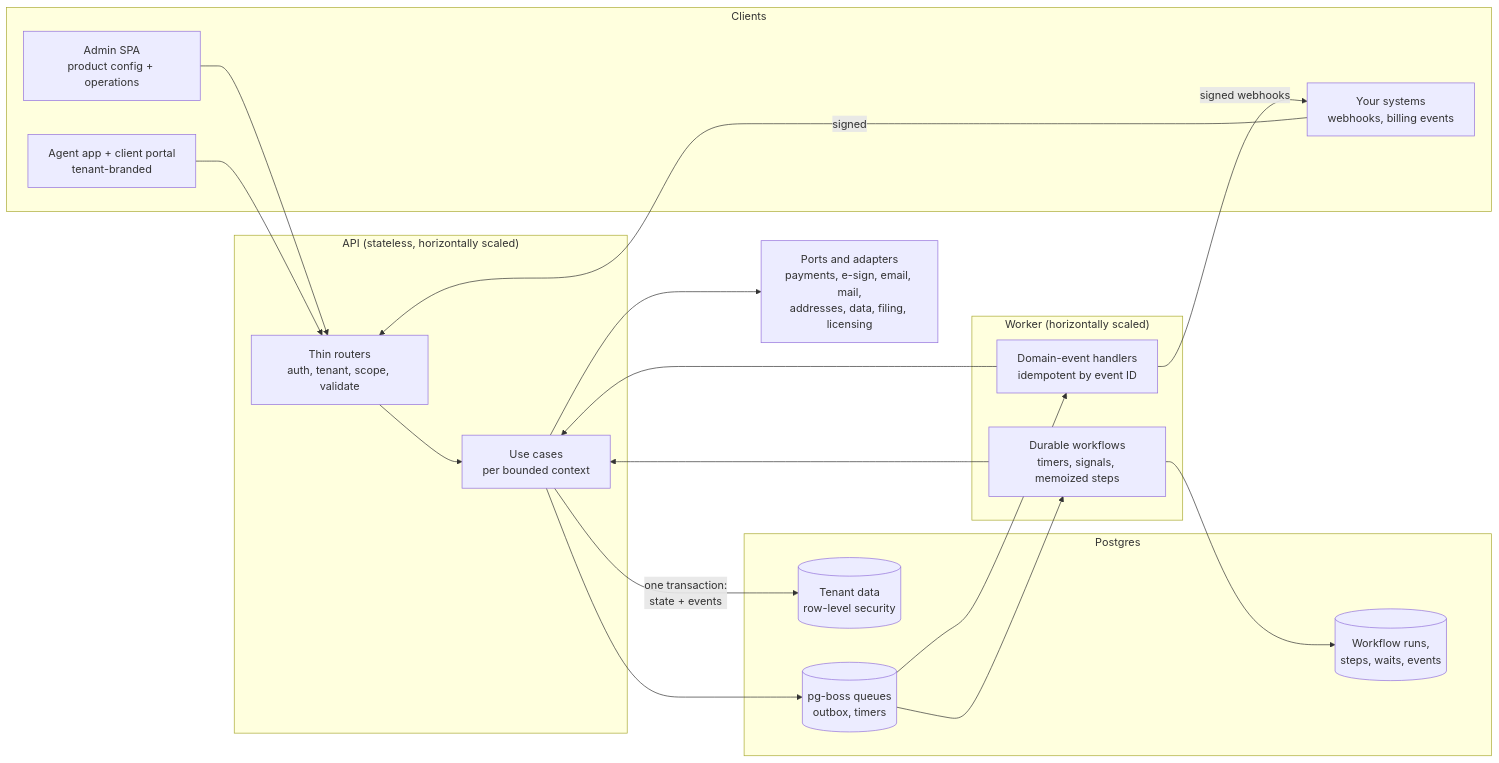
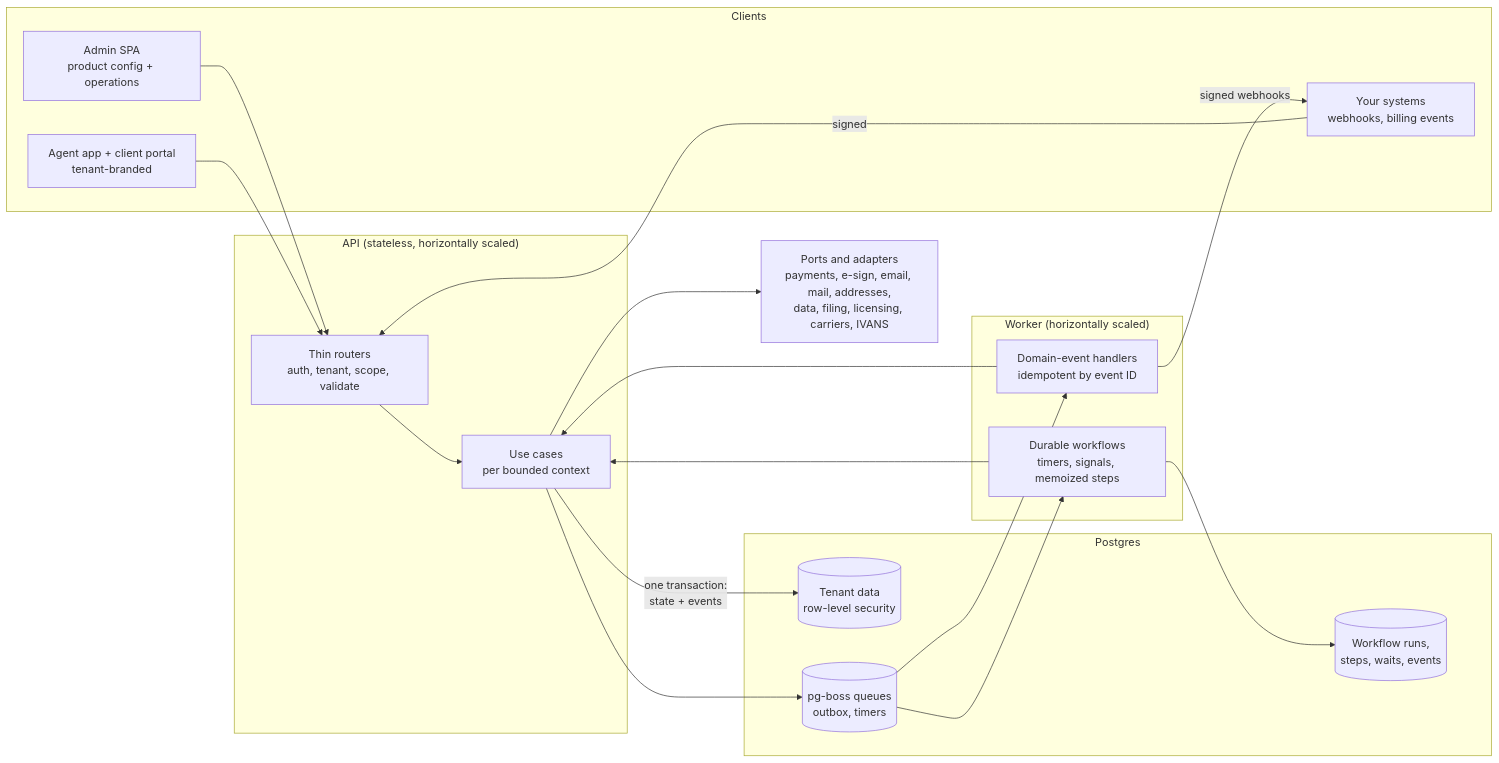
One commit to schester44/pas changed the diagram in docs/product/technology.md. Above: the diagram before and after it, drawn with Mermaid. The commit also changed other lines of this file and 43 other files, not shown here.

````diff
--- a/docs/product/technology.md
+++ b/docs/product/technology.md
@@ -7,40 +7,40 @@
 ```mermaid
 flowchart LR
   subgraph Clients
     Admin["Admin SPA<br/>product config + operations"]
     App["Agent app + client portal<br/>tenant-branded"]
     Partners["Your systems<br/>webhooks, billing events"]
   end
 
   subgraph API["API (stateless, horizontally scaled)"]
     Routers["Thin routers<br/>auth, tenant, scope, validate"]
     UseCases["Use cases<br/>per bounded context"]
   end
 
   subgraph Worker["Worker (horizontally scaled)"]
     Handlers["Domain-event handlers<br/>idempotent by event ID"]
     Workflows["Durable workflows<br/>timers, signals, memoized steps"]
   end
 
   subgraph Postgres
     Data[("Tenant data<br/>row-level security")]
     Queue[("pg-boss queues<br/>outbox, timers")]
     Runs[("Workflow runs,<br/>steps, waits, events")]
   end
 
-  Adapters["Ports and adapters<br/>payments, e-sign, email, mail,<br/>addresses, data, filing, licensing"]
+  Adapters["Ports and adapters<br/>payments, e-sign, email, mail, addresses,<br/>data, filing, licensing, carriers, IVANS"]
 
   Admin --> Routers
   App --> Routers
   Partners -->|signed| Routers
   Routers --> UseCases
   UseCases -->|one transaction:<br/>state + events| Data
   UseCases --> Queue
   Queue --> Handlers
   Queue --> Workflows
   Workflows --> Runs
   Handlers --> UseCases
   Workflows --> UseCases
   UseCases --> Adapters
   Handlers -->|signed webhooks| Partners
 ```
````
